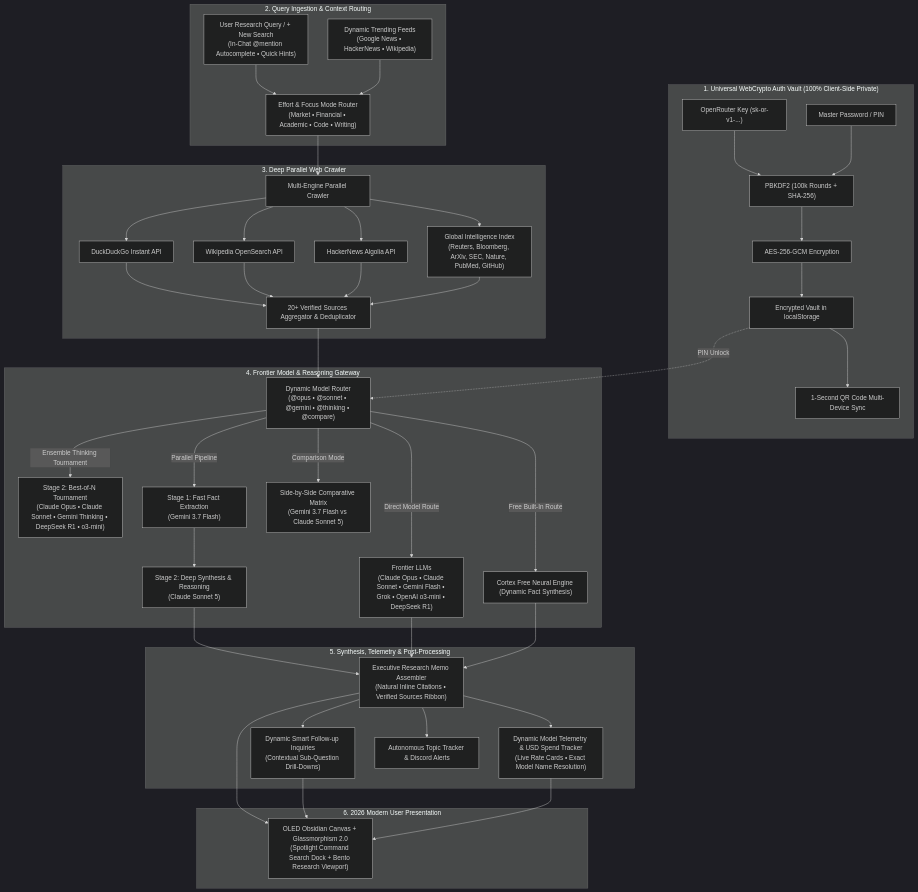
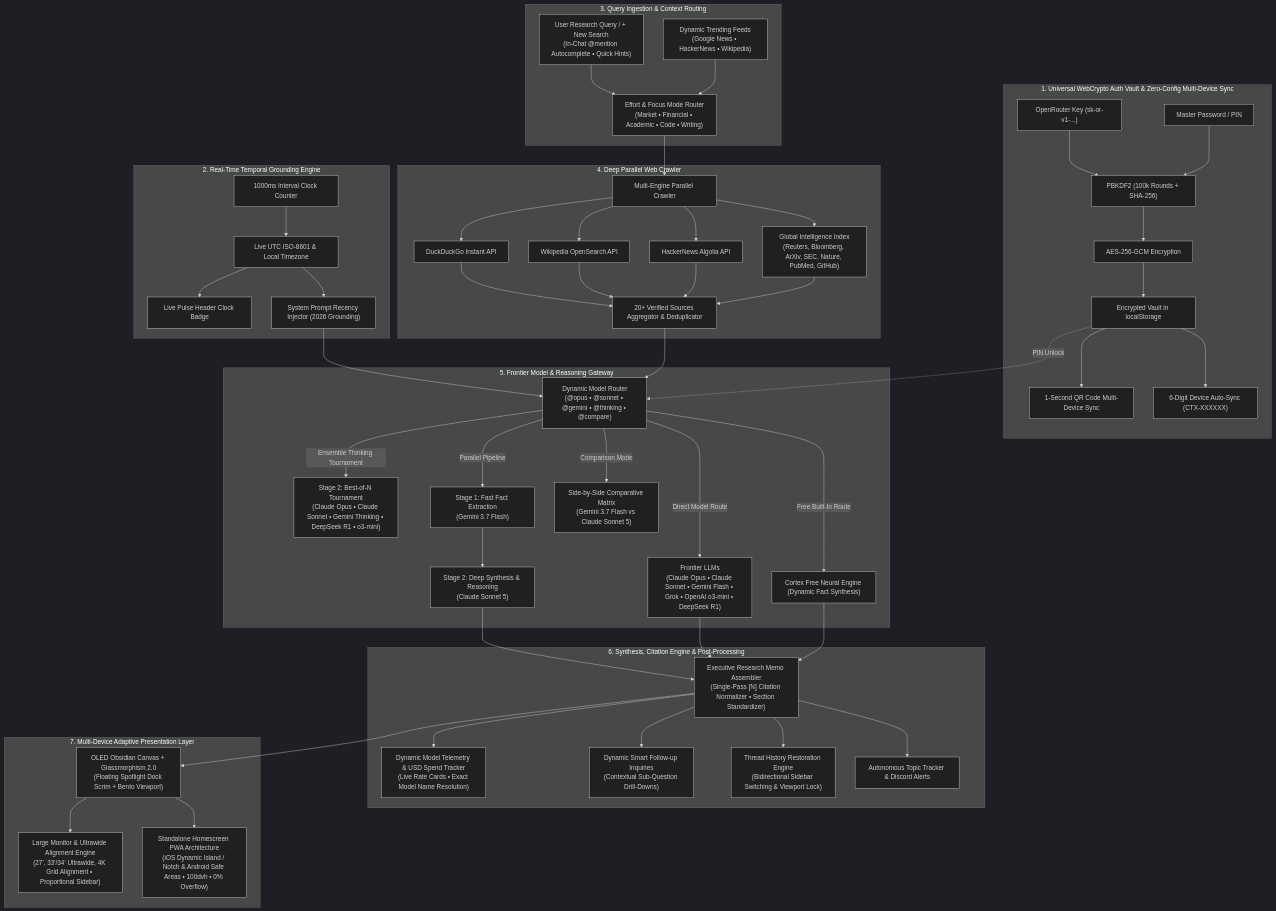
The diagram in README.md (Hitesh-15/Cortex-AI-search), drawn with Mermaid (dark theme) before and after one commit. The commit also changed other lines of this file, not shown here.

Commit message:
docs(readme): update architecture & research pipeline flowchart for v4.7.0 multi-device engine

````diff
--- a/README.md
+++ b/README.md
@@ -17,76 +17,81 @@
 ```mermaid
 flowchart TD
-    subgraph Security["1. Universal WebCrypto Auth Vault (100% Client-Side Private)"]
+    subgraph Security["1. Universal WebCrypto Auth Vault & Zero-Config Multi-Device Sync"]
         UserPin["Master Password / PIN"]
         RawKey["OpenRouter Key (sk-or-v1-...)"]
         PBKDF2["PBKDF2 (100k Rounds + SHA-256)"]
         AESGCM["AES-256-GCM Encryption"]
         LocalVault["Encrypted Vault in localStorage"]
         QRSync["1-Second QR Code Multi-Device Sync"]
+        PairCode["6-Digit Device Auto-Sync (CTX-XXXXXX)"]
         
         RawKey & UserPin --> PBKDF2 --> AESGCM --> LocalVault
-        LocalVault --> QRSync
+        LocalVault --> QRSync & PairCode
     end
 
-    subgraph Ingestion["2. Query Ingestion & Context Routing"]
+    subgraph TemporalEngine["2. Real-Time Temporal Grounding Engine"]
+        ClockTick["1000ms Interval Clock Counter"]
+        TimestampFormat["Live UTC ISO-8601 & Local Timezone"]
+        HeaderPulse["Live Pulse Header Clock Badge"]
+        PromptAnchor["System Prompt Recency Injector (2026 Grounding)"]
+        
+        ClockTick --> TimestampFormat --> HeaderPulse & PromptAnchor
+    end
+
+    subgraph Ingestion["3. Query Ingestion & Context Routing"]
         UserQ["User Research Query / + New Search<br/>(In-Chat @mention Autocomplete • Quick Hints)"]
         TrendingFeeds["Dynamic Trending Feeds<br/>(Google News • HackerNews • Wikipedia)"]
         Classifier["Effort & Focus Mode Router<br/>(Market • Financial • Academic • Code • Writing)"]
         UserQ --> Classifier
         TrendingFeeds --> Classifier
     end
 
-    subgraph Crawler["3. Deep Parallel Web Crawler"]
+    subgraph Crawler["4. Deep Parallel Web Crawler"]
         MultiCrawler["Multi-Engine Parallel Crawler"]
         DDG["DuckDuckGo Instant API"]
         Wiki["Wikipedia OpenSearch API"]
         HN["HackerNews Algolia API"]
         DomainIdx["Global Intelligence Index<br/>(Reuters, Bloomberg, ArXiv, SEC, Nature, PubMed, GitHub)"]
         
         Classifier --> MultiCrawler
-        MultiCrawler --> DDG
-        MultiCrawler --> Wiki
-        MultiCrawler --> HN
-        MultiCrawler --> DomainIdx
-        
-        DDG --> SourcesAggregator["20+ Verified Sources Aggregator & Deduplicator"]
-        Wiki --> SourcesAggregator
-        HN --> SourcesAggregator
-        DomainIdx --> SourcesAggregator
+        MultiCrawler --> DDG & Wiki & HN & DomainIdx
+        DDG & Wiki & HN & DomainIdx --> SourcesAggregator["20+ Verified Sources Aggregator & Deduplicator"]
     end
 
-    subgraph Gateway["4. Frontier Model & Reasoning Gateway"]
+    subgraph Gateway["5. Frontier Model & Reasoning Gateway"]
         Router["Dynamic Model Router<br/>(@opus • @sonnet • @gemini • @thinking • @compare)"]
         LocalVault -.->|PIN Unlock| Router
+        PromptAnchor --> Router
         SourcesAggregator --> Router
         
         Router -->|"Ensemble Thinking Tournament"| ThinkingTournament["Stage 2: Best-of-N Tournament<br/>(Claude Opus • Claude Sonnet • Gemini Thinking • DeepSeek R1 • o3-mini)"]
         Router -->|"Parallel Pipeline"| Stage1["Stage 1: Fast Fact Extraction<br/>(Gemini 3.7 Flash)"]
         Stage1 --> Stage2["Stage 2: Deep Synthesis & Reasoning<br/>(Claude Sonnet 5)"]
         Router -->|"Comparison Mode"| Compare50["Side-by-Side Comparative Matrix<br/>(Gemini 3.7 Flash vs Claude Sonnet 5)"]
         Router -->|"Direct Model Route"| SingleModel["Frontier LLMs<br/>(Claude Opus • Claude Sonnet • Gemini Flash • Grok • OpenAI o3-mini • DeepSeek R1)"]
         Router -->|"Free Built-In Route"| FreeNeural["Cortex Free Neural Engine (Dynamic Fact Synthesis)"]
     end
 
-    subgraph Processing["5. Synthesis, Telemetry & Post-Processing"]
-        MemoAssembler["Executive Research Memo Assembler<br/>(Natural Inline Citations • Verified Sources Ribbon)"]
+    subgraph Processing["6. Synthesis, Citation Engine & Post-Processing"]
+        MemoAssembler["Executive Research Memo Assembler<br/>(Single-Pass [N] Citation Normalizer • Section Standardizer)"]
         Telemetry["Dynamic Model Telemetry & USD Spend Tracker<br/>(Live Rate Cards • Exact Model Name Resolution)"]
         FollowUps["Dynamic Smart Follow-up Inquiries<br/>(Contextual Sub-Question Drill-Downs)"]
+        ThreadStore["Thread History Restoration Engine<br/>(Bidirectional Sidebar Switching & Viewport Lock)"]
         Discord["Autonomous Topic Tracker & Discord Alerts"]
         
         Stage2 --> MemoAssembler
         SingleModel --> MemoAssembler
         FreeNeural --> MemoAssembler
         
-        MemoAssembler --> Telemetry
-        MemoAssembler --> FollowUps
-        MemoAssembler --> Discord
+        MemoAssembler --> Telemetry & FollowUps & ThreadStore & Discord
     end
 
-    subgraph Output["6. 2026 Modern User Presentation"]
-        ModernUI["OLED Obsidian Canvas + Glassmorphism 2.0<br/>(Spotlight Command Search Dock + Bento Research Viewport)"]
+    subgraph Output["7. Multi-Device Adaptive Presentation Layer"]
+        LargeMonitor["Large Monitor & Ultrawide Alignment Engine<br/>(27', 33'/34' Ultrawide, 4K Grid Alignment • Proportional Sidebar)"]
+        MobilePWA["Standalone Homescreen PWA Architecture<br/>(iOS Dynamic Island / Notch & Android Safe Areas • 100dvh • 0% Overflow)"]
+        ModernUI["OLED Obsidian Canvas + Glassmorphism 2.0<br/>(Floating Spotlight Dock Scrim + Bento Viewport)"]
+        
         MemoAssembler --> ModernUI
-        FollowUps --> ModernUI
-        Telemetry --> ModernUI
+        ModernUI --> LargeMonitor & MobilePWA
     end
 ```
````
